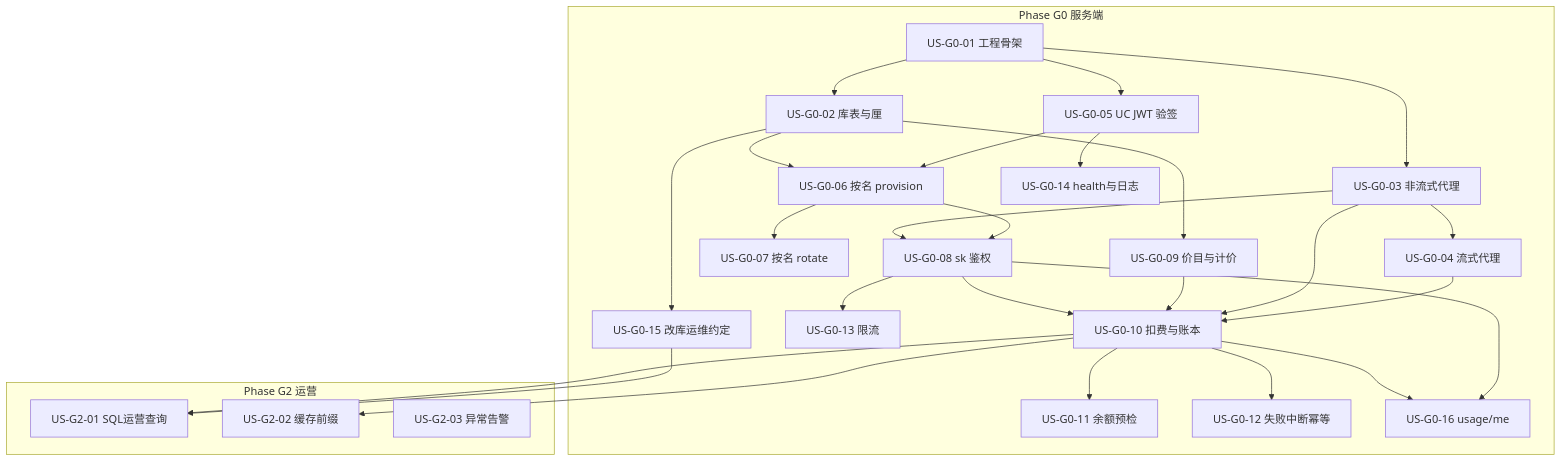
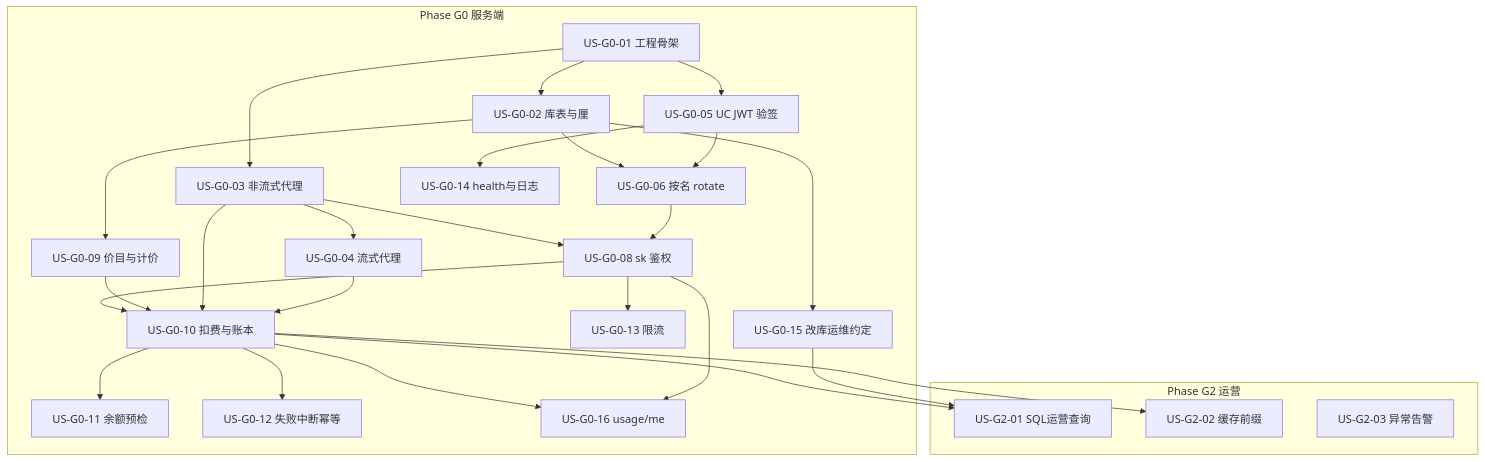
The diagram in token-gateway/docs/02-用户故事.md (Pedro-MAFS/ftcs), drawn with Mermaid before and after one commit. The commit also changed other lines of this file and 26 other files, not shown here.

````diff
--- a/token-gateway/docs/02-用户故事.md
+++ b/token-gateway/docs/02-用户故事.md
@@ -34,53 +34,51 @@
 ```mermaid
 flowchart TB
   subgraph G0["Phase G0 服务端"]
     US01[US-G0-01 工程骨架]
     US02[US-G0-02 库表与厘]
     US03[US-G0-03 非流式代理]
     US04[US-G0-04 流式代理]
     US05[US-G0-05 UC JWT 验签]
-    US06[US-G0-06 按名 provision]
-    US07[US-G0-07 按名 rotate]
+    US06[US-G0-06 按名 rotate]
     US08[US-G0-08 sk 鉴权]
     US09[US-G0-09 价目与计价]
     US10[US-G0-10 扣费与账本]
     US11[US-G0-11 余额预检]
     US12[US-G0-12 失败中断幂等]
     US13[US-G0-13 限流]
     US14[US-G0-14 health与日志]
     US15[US-G0-15 改库运维约定]
     US16[US-G0-16 usage/me]
 
     US01 --> US02
     US01 --> US03
     US01 --> US05
     US02 --> US06
     US02 --> US09
     US03 --> US04
     US03 --> US08
     US05 --> US06
     US05 --> US14
-    US06 --> US07
     US06 --> US08
     US08 --> US10
     US09 --> US10
     US03 --> US10
     US04 --> US10
     US10 --> US11
     US10 --> US12
     US08 --> US13
     US02 --> US15
     US10 --> US16
     US08 --> US16
   end
 
   subgraph G2["Phase G2 运营"]
     US31[US-G2-01 SQL运营查询]
     US32[US-G2-02 缓存前缀]
     US33[US-G2-03 异常告警]
   end
 
   US10 --> US31
   US15 --> US31
   US10 --> US32
 ```
````
